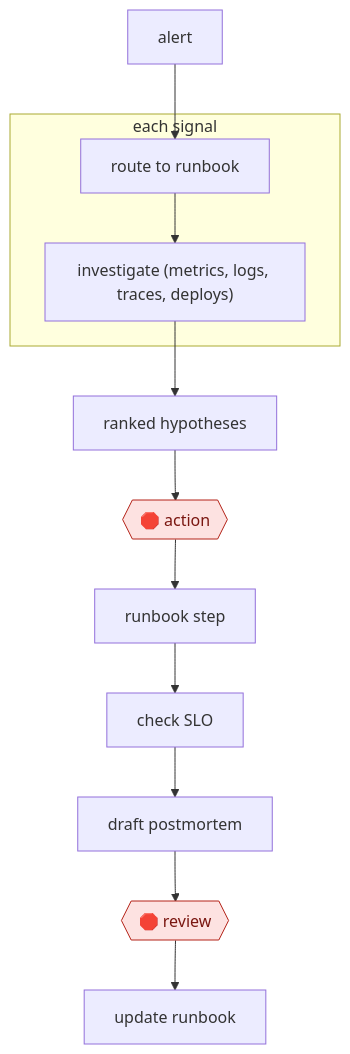
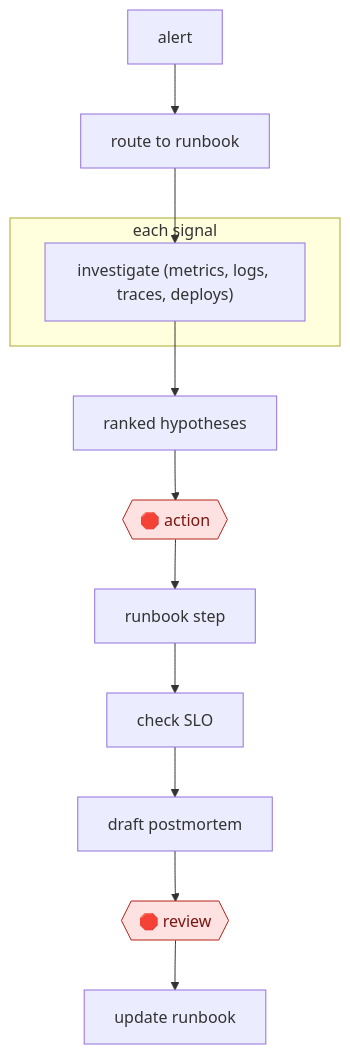
One commit to milesradford99/agent-workflow-atlas changed the diagram in workflows/TEC/ITS/SRE/triage-then-remediate/README.md. Above: the diagram before and after it, drawn with Mermaid. The commit also changed other lines of this file and 171 other files, not shown here.

````diff
--- a/workflows/TEC/ITS/SRE/triage-then-remediate/README.md
+++ b/workflows/TEC/ITS/SRE/triage-then-remediate/README.md
@@ -29,25 +29,25 @@
 ```mermaid
 flowchart TD
   n1["alert"]
   n2["route to runbook"]
-  n1 --> n2
   subgraph s3["each signal"]
   n4["investigate (metrics, logs, traces, deploys)"]
-  n2 --> n4
   end
   n5["ranked hypotheses"]
+  n6{{"🛑 action"}}:::stop
+  n7["runbook step"]
+  n8["check SLO"]
+  n9["draft postmortem"]
+  n10{{"🛑 review"}}:::stop
+  n11["update runbook"]
+  n1 --> n2
+  n2 --> n4
   n4 --> n5
-  n6{{"🛑 action"}}:::stop
   n5 --> n6
-  n7["runbook step"]
   n6 --> n7
-  n8["check SLO"]
   n7 --> n8
-  n9["draft postmortem"]
   n8 --> n9
-  n10{{"🛑 review"}}:::stop
   n9 --> n10
-  n11["update runbook"]
   n10 --> n11
   classDef stop fill:#fde2e1,stroke:#b42318,color:#7a1610
 ```
````
